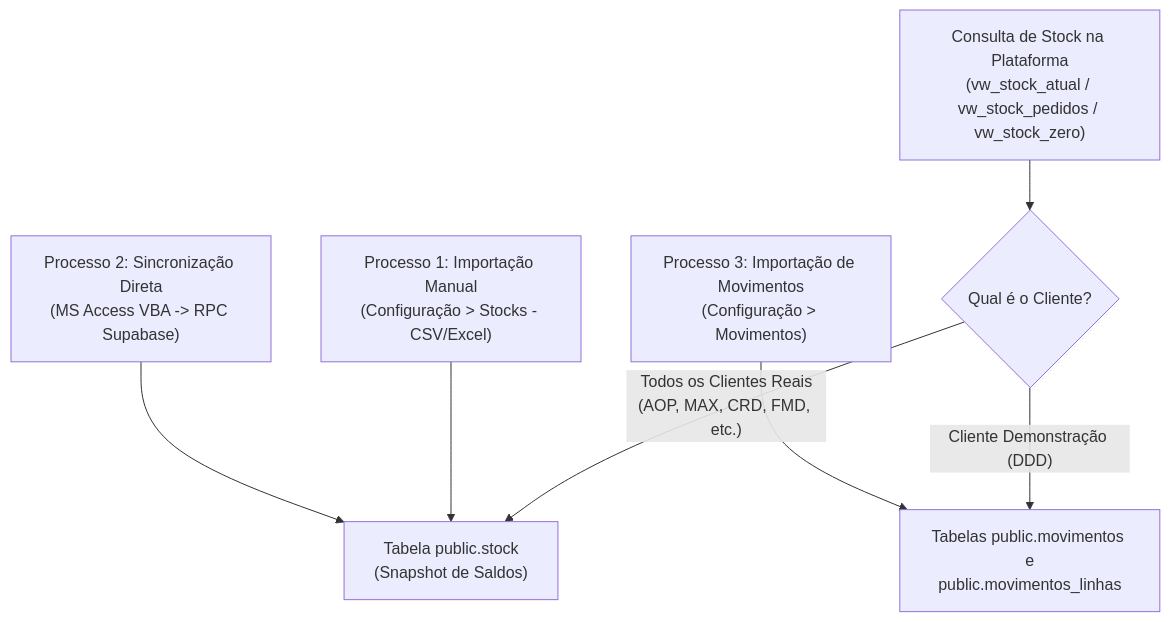
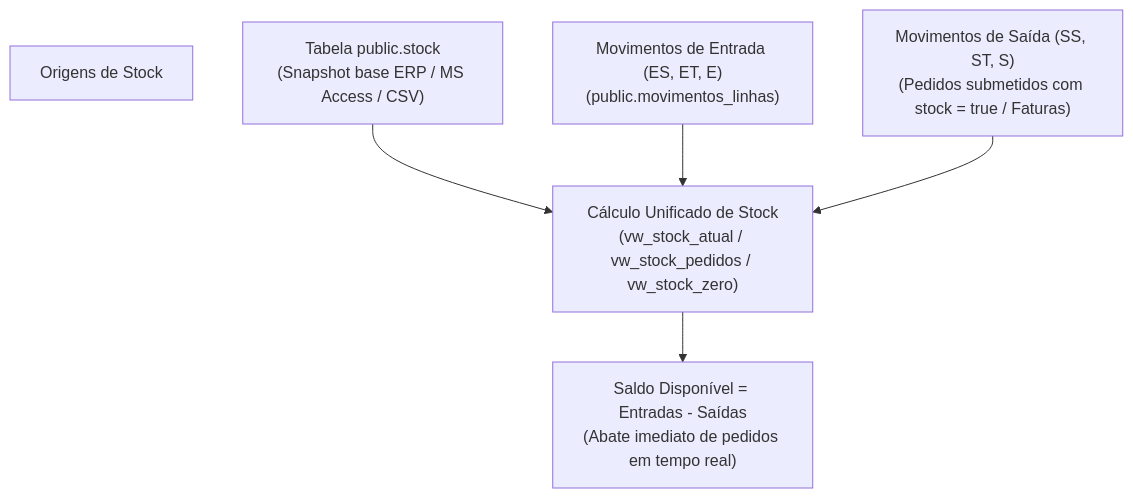
Before and after one commit to jmv2026/platfarmasupa: the diagram in docs/IMPORTACAO_STOCK.md, drawn with Mermaid. The commit also changed other lines of this file and 1 other file, not shown here.

Commit message:
extensao do calculo stock a todos-1

````diff
--- a/docs/IMPORTACAO_STOCK.md
+++ b/docs/IMPORTACAO_STOCK.md
@@ -11,10 +11,9 @@
 ```mermaid
 flowchart TD
-    A["Consulta de Stock na Plataforma<br/>(vw_stock_atual / vw_stock_pedidos / vw_stock_zero)"] --> B{"Qual é o Cliente?"}
-    B -- "Todos os Clientes Reais<br/>(AOP, MAX, CRD, FMD, etc.)" --> C["Tabela public.stock<br/>(Snapshot de Saldos)"]
-    B -- "Cliente Demonstração (DDD)" --> D["Tabelas public.movimentos e<br/>public.movimentos_linhas"]
+    A["Origens de Stock"]
+    A1["Tabela public.stock<br/>(Snapshot base ERP / MS Access / CSV)"] --> C["Cálculo Unificado de Stock<br/>(vw_stock_atual / vw_stock_pedidos / vw_stock_zero)"]
+    A2["Movimentos de Entrada (ES, ET, E)<br/>(public.movimentos_linhas)"] --> C
+    A3["Movimentos de Saída (SS, ST, S)<br/>(Pedidos submetidos com stock = true / Faturas)"] --> C
     
-    E["Processo 1: Importação Manual<br/>(Configuração > Stocks - CSV/Excel)"] --> C
-    F["Processo 2: Sincronização Direta<br/>(MS Access VBA -> RPC Supabase)"] --> C
-    G["Processo 3: Importação de Movimentos<br/>(Configuração > Movimentos)"] --> D
+    C --> D["Saldo Disponível = Entradas - Saídas<br/>(Abate imediato de pedidos em tempo real)"]
 ```
````
